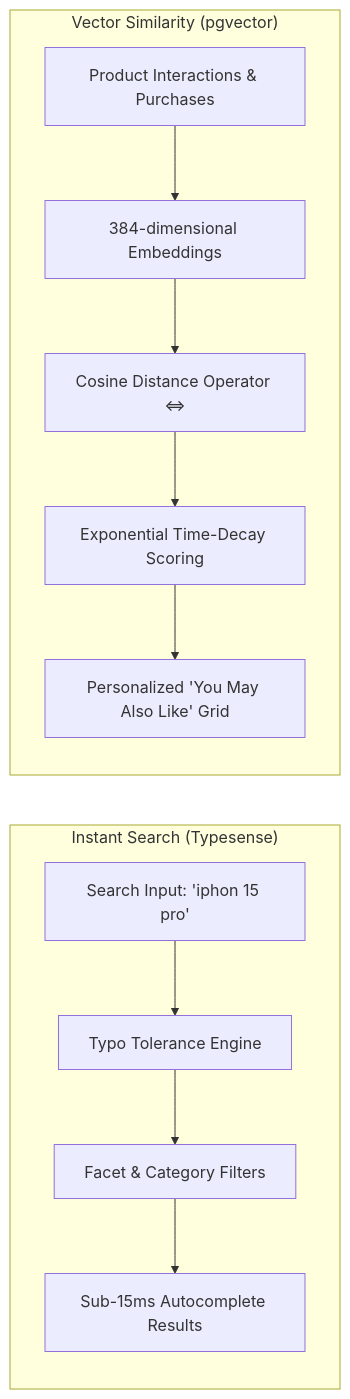
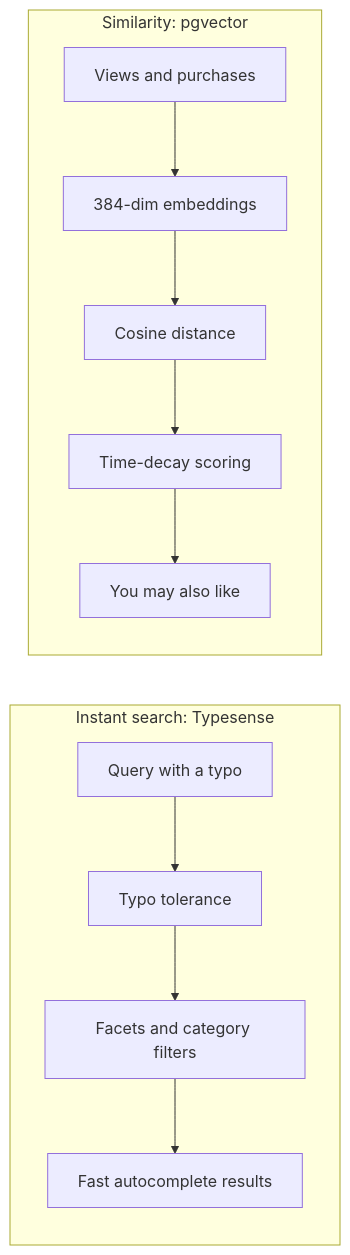
Before and after one commit to jathinreddy-5/Shop-Sell: diagram 15 of 17 in README.md, drawn with Mermaid. The commit also changed other lines of this file, not shown here.

````diff
--- a/README.md
+++ b/README.md
@@ -283,15 +550,14 @@
 ```mermaid
 flowchart LR
-    subgraph "Instant Search (Typesense)"
-        Query[Search Input: 'iphon 15 pro'] --> Typo[Typo Tolerance Engine]
-        Typo --> Facets[Facet & Category Filters]
-        Facets --> Instant[Sub-15ms Autocomplete Results]
+    subgraph Search["Instant search: Typesense"]
+        Q["Query with a typo"] --> T["Typo tolerance"]
+        T --> F["Facets and category filters"]
+        F --> R1["Fast autocomplete results"]
     end
-
-    subgraph "Vector Similarity (pgvector)"
-        Item[Product Interactions & Purchases] --> Embed[384-dimensional Embeddings]
-        Embed --> Cosine[Cosine Distance Operator <=>]
-        Cosine --> Decay[Exponential Time-Decay Scoring]
-        Decay --> Recs[Personalized 'You May Also Like' Grid]
+    subgraph Vector["Similarity: pgvector"]
+        I["Views and purchases"] --> E["384-dim embeddings"]
+        E --> CD["Cosine distance"]
+        CD --> DK["Time-decay scoring"]
+        DK --> R2["You may also like"]
     end
 ```
````
